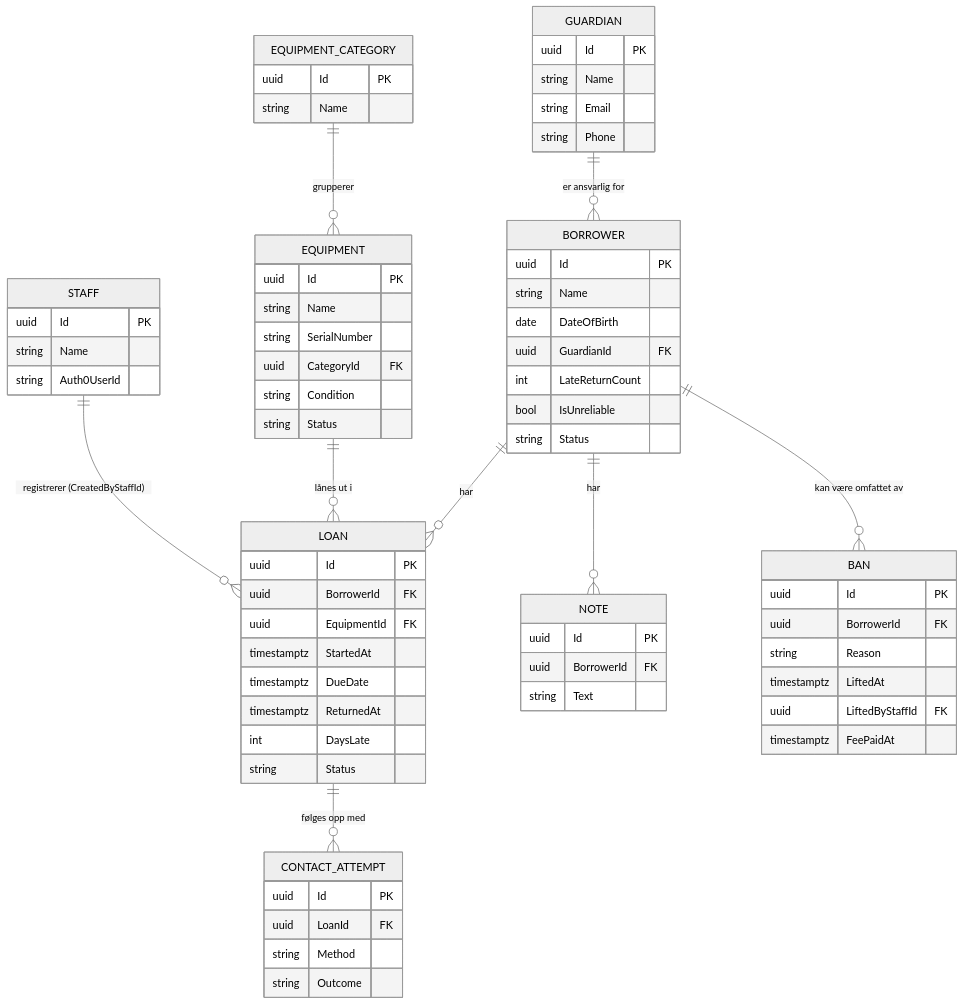
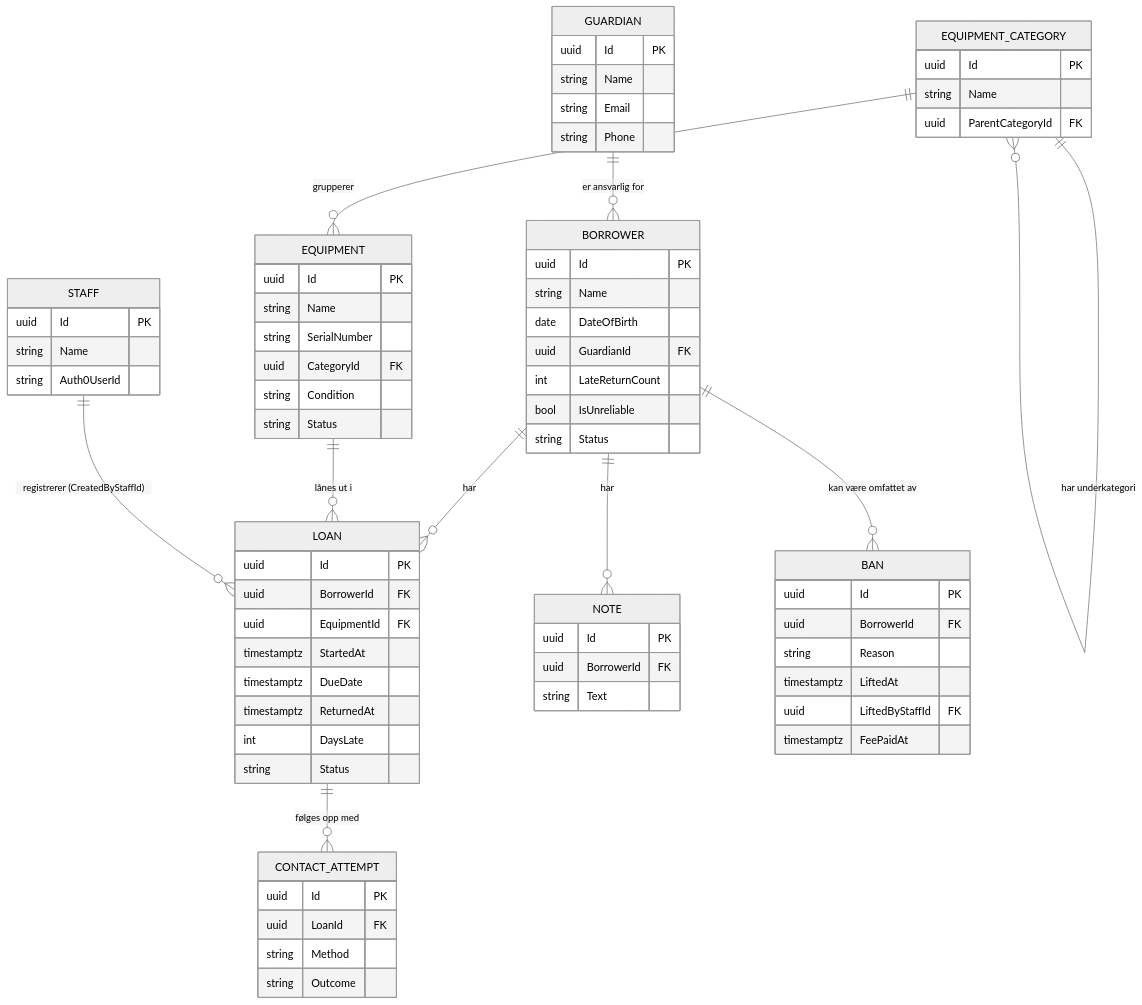
Before and after one commit to Ketas1/Fagprove: the diagram in docs/04-databasedesign.md, drawn with Mermaid (neutral theme). The commit also changed other lines of this file and 25 other files, not shown here.

Commit message:
Added equipment category overview

````diff
--- a/docs/04-databasedesign.md
+++ b/docs/04-databasedesign.md
@@ -52,73 +52,75 @@
 ```mermaid
 erDiagram
     GUARDIAN ||--o{ BORROWER : "er ansvarlig for"
     BORROWER ||--o{ LOAN : "har"
     BORROWER ||--o{ NOTE : "har"
     BORROWER ||--o{ BAN : "kan være omfattet av"
     EQUIPMENT_CATEGORY ||--o{ EQUIPMENT : "grupperer"
+    EQUIPMENT_CATEGORY ||--o{ EQUIPMENT_CATEGORY : "har underkategori"
     EQUIPMENT ||--o{ LOAN : "lånes ut i"
     LOAN ||--o{ CONTACT_ATTEMPT : "følges opp med"
     STAFF ||--o{ LOAN : "registrerer (CreatedByStaffId)"
 
     GUARDIAN {
         uuid Id PK
         string Name
         string Email
         string Phone
     }
     BORROWER {
         uuid Id PK
         string Name
         date DateOfBirth
         uuid GuardianId FK
         int LateReturnCount
         bool IsUnreliable
         string Status
     }
     EQUIPMENT_CATEGORY {
         uuid Id PK
         string Name
+        uuid ParentCategoryId FK
     }
     EQUIPMENT {
         uuid Id PK
         string Name
         string SerialNumber
         uuid CategoryId FK
         string Condition
         string Status
     }
     LOAN {
         uuid Id PK
         uuid BorrowerId FK
         uuid EquipmentId FK
         timestamptz StartedAt
         timestamptz DueDate
         timestamptz ReturnedAt
         int DaysLate
         string Status
     }
     CONTACT_ATTEMPT {
         uuid Id PK
         uuid LoanId FK
         string Method
         string Outcome
     }
     NOTE {
         uuid Id PK
         uuid BorrowerId FK
         string Text
     }
     BAN {
         uuid Id PK
         uuid BorrowerId FK
         string Reason
         timestamptz LiftedAt
         uuid LiftedByStaffId FK
         timestamptz FeePaidAt
     }
     STAFF {
         uuid Id PK
         string Name
         string Auth0UserId
     }
 ```
````
